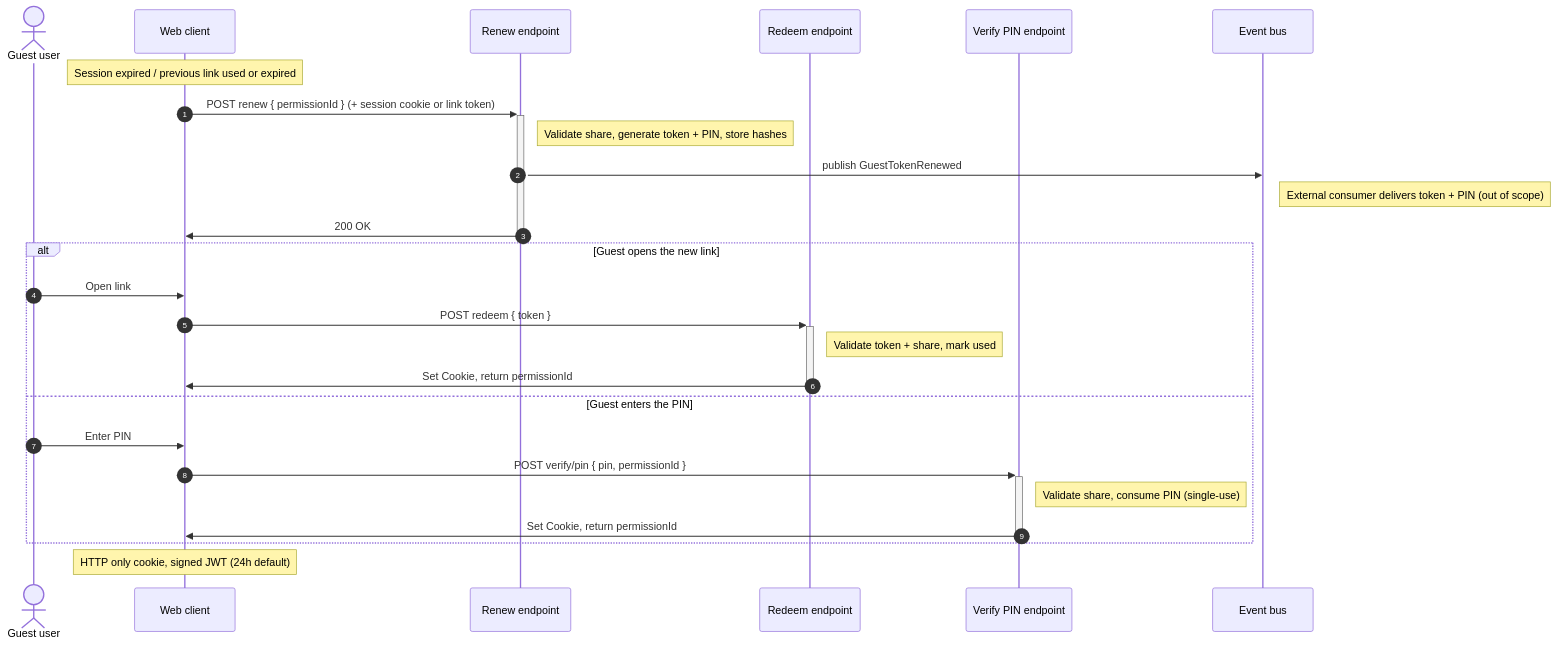
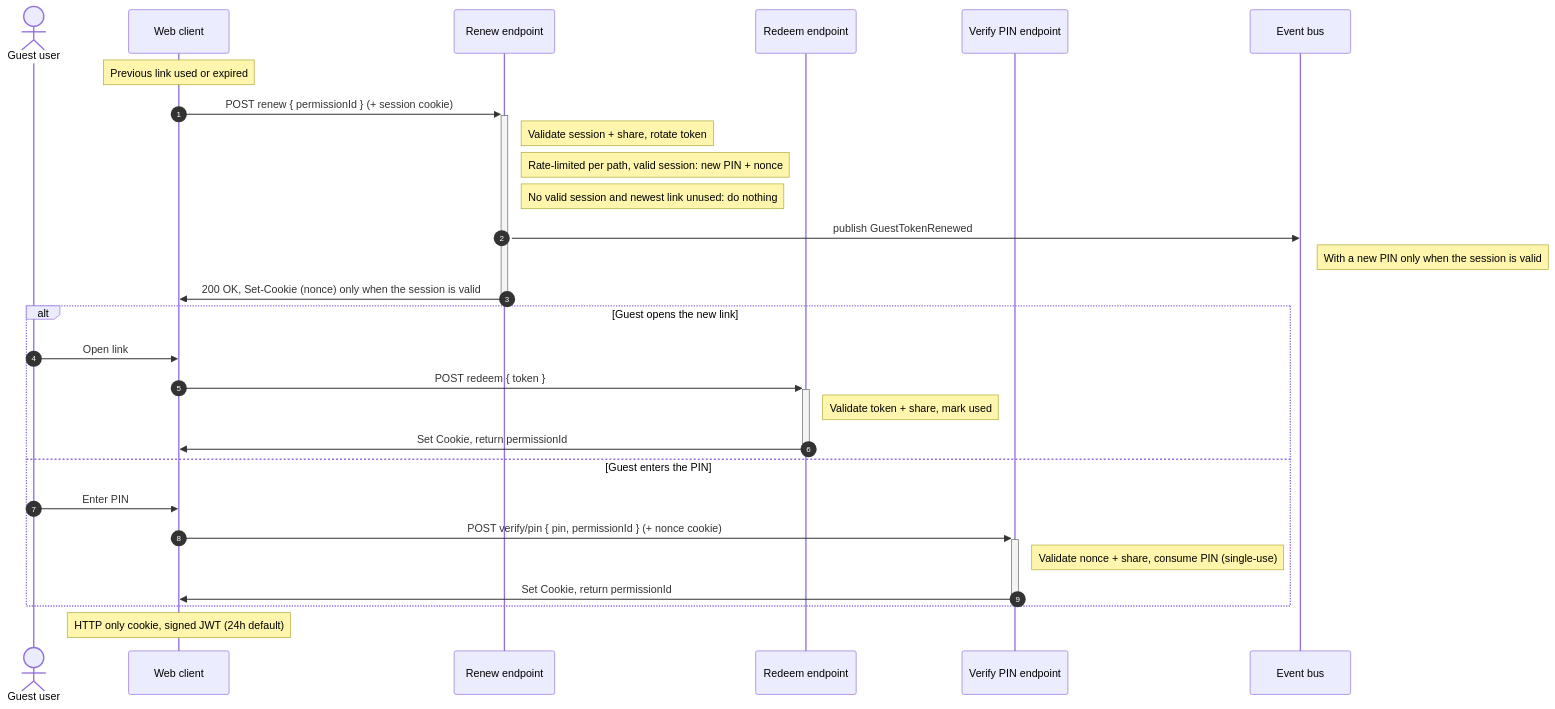
Before and after one commit to opencloud-eu/docs: the second of 2 diagrams in docs/_static/env-vars/auth-guest_readme.md, drawn with Mermaid. The commit also changed other lines of this file and 8 other files, not shown here.

````diff
--- a/docs/_static/env-vars/auth-guest_readme.md
+++ b/docs/_static/env-vars/auth-guest_readme.md
@@ -116,30 +171,32 @@
 ```mermaid
 sequenceDiagram
     autonumber
     actor User as Guest user
     participant Web as Web client
     participant Renew as Renew endpoint
     participant Redeem as Redeem endpoint
     participant Pin as Verify PIN endpoint
     participant Bus as Event bus
 
-    Note over Web: Session expired / previous link used or expired
-    Web->>+Renew: POST renew { permissionId } (+ session cookie or link token)
-    Note right of Renew: Validate share, generate token + PIN, store hashes
+    Note over Web: Previous link used or expired
+    Web->>+Renew: POST renew { permissionId } (+ session cookie)
+    Note right of Renew: Validate session + share, rotate token
+    Note right of Renew: Rate-limited per path, valid session: new PIN + nonce
+    Note right of Renew: No valid session and newest link unused: do nothing
     Renew->>Bus: publish GuestTokenRenewed
-    Note right of Bus: External consumer delivers token + PIN (out of scope)
-    Renew->>-Web: 200 OK
+    Note right of Bus: With a new PIN only when the session is valid
+    Renew->>-Web: 200 OK, Set-Cookie (nonce) only when the session is valid
 
     alt Guest opens the new link
         User->>Web: Open link
         Web->>+Redeem: POST redeem { token }
         Note right of Redeem: Validate token + share, mark used
         Redeem->>-Web: Set Cookie, return permissionId
     else Guest enters the PIN
         User->>Web: Enter PIN
-        Web->>+Pin: POST verify/pin { pin, permissionId }
-        Note right of Pin: Validate share, consume PIN (single-use)
+        Web->>+Pin: POST verify/pin { pin, permissionId } (+ nonce cookie)
+        Note right of Pin: Validate nonce + share, consume PIN (single-use)
         Pin->>-Web: Set Cookie, return permissionId
     end
     Note over Web: HTTP only cookie, signed JWT (24h default)
 ```
````
